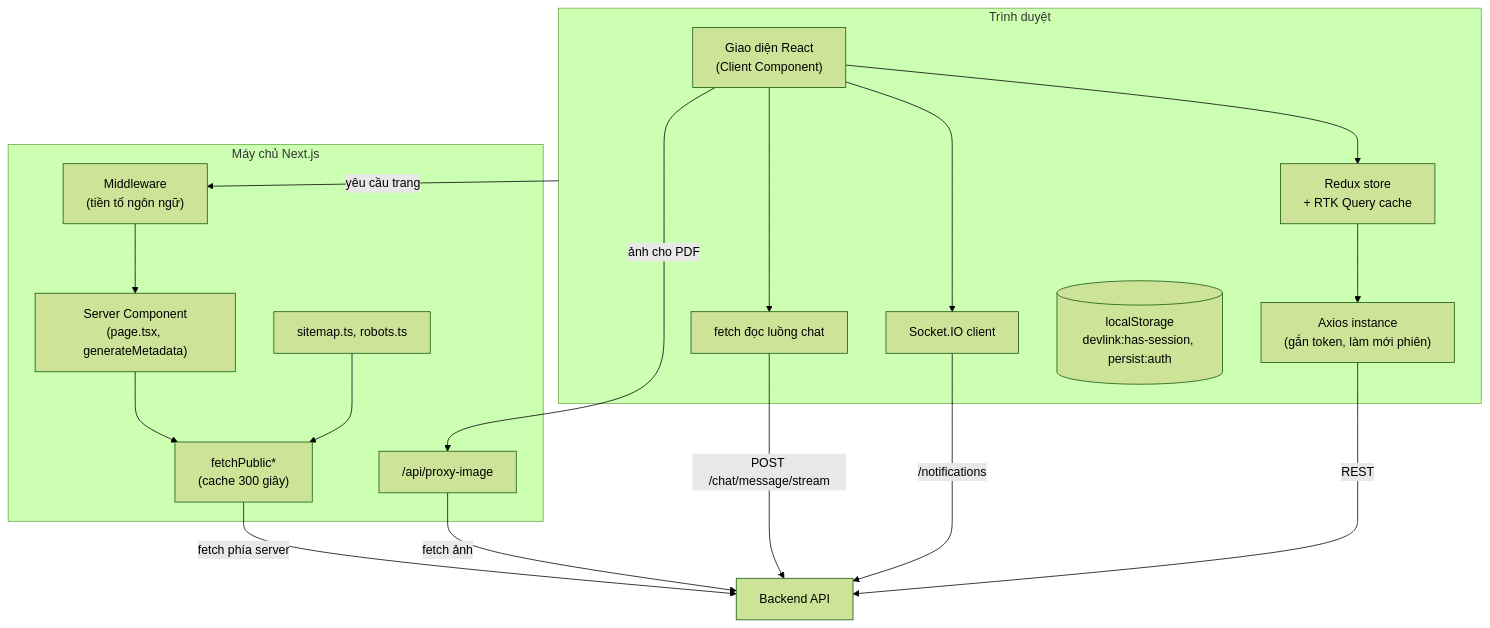
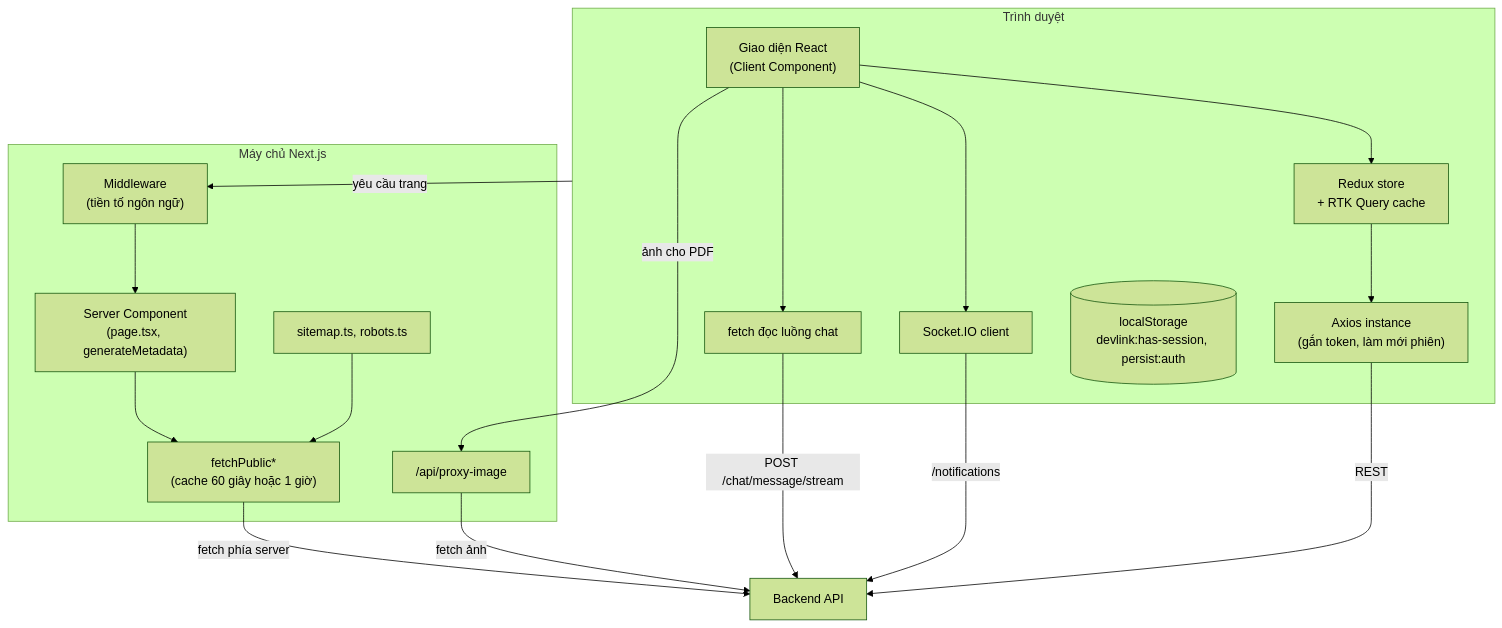
One commit to QuocDuy21-10/it-job-portal-fe changed the diagram in docs/02-architecture/diagrams/container-diagram.md. Above: the diagram before and after it, drawn with Mermaid (forest theme). The commit also changed 16 other files, not shown here.

````diff
--- a/docs/02-architecture/diagrams/container-diagram.md
+++ b/docs/02-architecture/diagrams/container-diagram.md
@@ -5,37 +5,37 @@
 ```mermaid
 flowchart TB
     subgraph Browser["Trình duyệt"]
         UI["Giao diện React<br/>(Client Component)"]
         Store["Redux store<br/>+ RTK Query cache"]
         Axios["Axios instance<br/>(gắn token, làm mới phiên)"]
         Sock["Socket.IO client"]
         Stream["fetch đọc luồng chat"]
         LS[("localStorage<br/>devlink:has-session, persist:auth")]
     end
 
     subgraph Next["Máy chủ Next.js"]
         MW["Middleware<br/>(tiền tố ngôn ngữ)"]
         SC["Server Component<br/>(page.tsx, generateMetadata)"]
-        PC["fetchPublic*<br/>(cache 300 giây)"]
+        PC["fetchPublic*<br/>(cache 60 giây hoặc 1 giờ)"]
         Proxy["/api/proxy-image"]
         SEO["sitemap.ts, robots.ts"]
     end
 
     BE["Backend API"]
 
     UI --> Store
     Store --> Axios
     UI --> Sock
     UI --> Stream
 
     Browser -->|"yêu cầu trang"| MW
     MW --> SC
     SC --> PC
     SEO --> PC
     PC -->|"fetch phía server"| BE
     Axios -->|"REST"| BE
     Sock -->|"/notifications"| BE
     Stream -->|"POST /chat/message/stream"| BE
     UI -->|"ảnh cho PDF"| Proxy
     Proxy -->|"fetch ảnh"| BE
 ```
````
